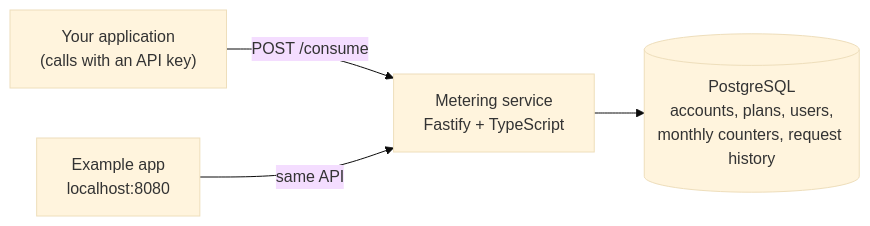
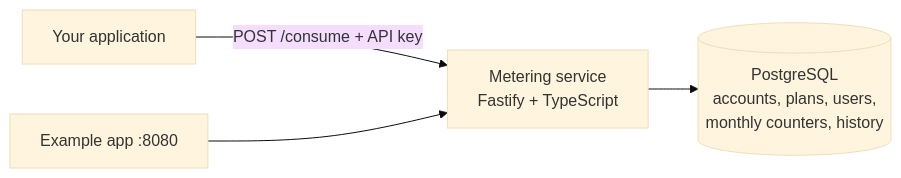
Before and after one commit to talashilleh/usage-metering-service: the first of 2 diagrams in README.md, drawn with Mermaid (base theme). The commit also changed other lines of this file and 2 other files, not shown here.

````diff
--- a/README.md
+++ b/README.md
@@ -236,6 +108,6 @@
 ```mermaid
 flowchart LR
-  App["Your application<br/>(calls with an API key)"] -->|"POST /consume"| API["Metering service<br/>Fastify + TypeScript"]
-  Demo["Example app<br/>localhost:8080"] -->|"same API"| API
-  API --> DB[("PostgreSQL<br/>accounts, plans, users,<br/>monthly counters, request history")]
+  App["Your application"] -->|"POST /consume + API key"| API["Metering service<br/>Fastify + TypeScript"]
+  Demo["Example app :8080"] --> API
+  API --> DB[("PostgreSQL<br/>accounts, plans, users,<br/>monthly counters, history")]
 ```
````
